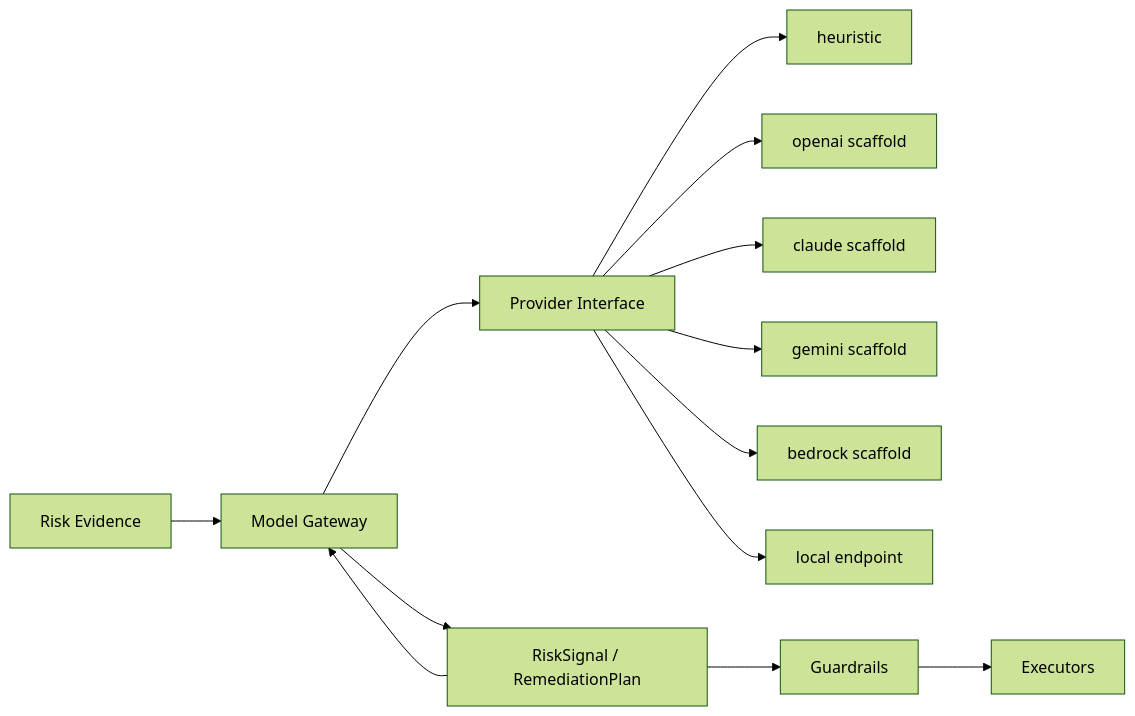
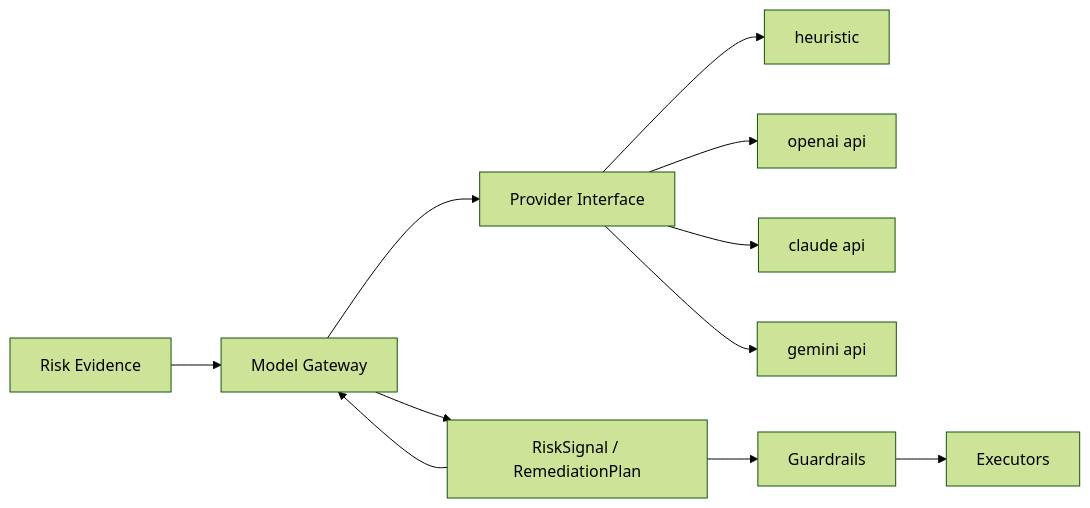
The diagram in docs/architecture/model-gateway.md (FluxSeer/fluxseer-rca), drawn with Mermaid (forest theme) before and after one commit. The commit also changed other lines of this file and 47 other files, not shown here.

````diff
--- a/docs/architecture/model-gateway.md
+++ b/docs/architecture/model-gateway.md
@@ -64,28 +62,24 @@
 ```mermaid
 flowchart LR
     EV[Risk Evidence]
     CRD[RiskSignal / RemediationPlan]
     MG[Model Gateway]
     PR[Provider Interface]
     H[heuristic]
-    O[openai scaffold]
-    C[claude scaffold]
-    G[gemini scaffold]
-    B[bedrock scaffold]
-    L[local endpoint]
+    O[openai api]
+    C[claude api]
+    G[gemini api]
     GR[Guardrails]
     EX[Executors]
 
     EV --> MG
     CRD --> MG
     MG --> PR
     PR --> H
     PR --> O
     PR --> C
     PR --> G
-    PR --> B
-    PR --> L
     MG --> CRD
     CRD --> GR
     GR --> EX
 ```
````
